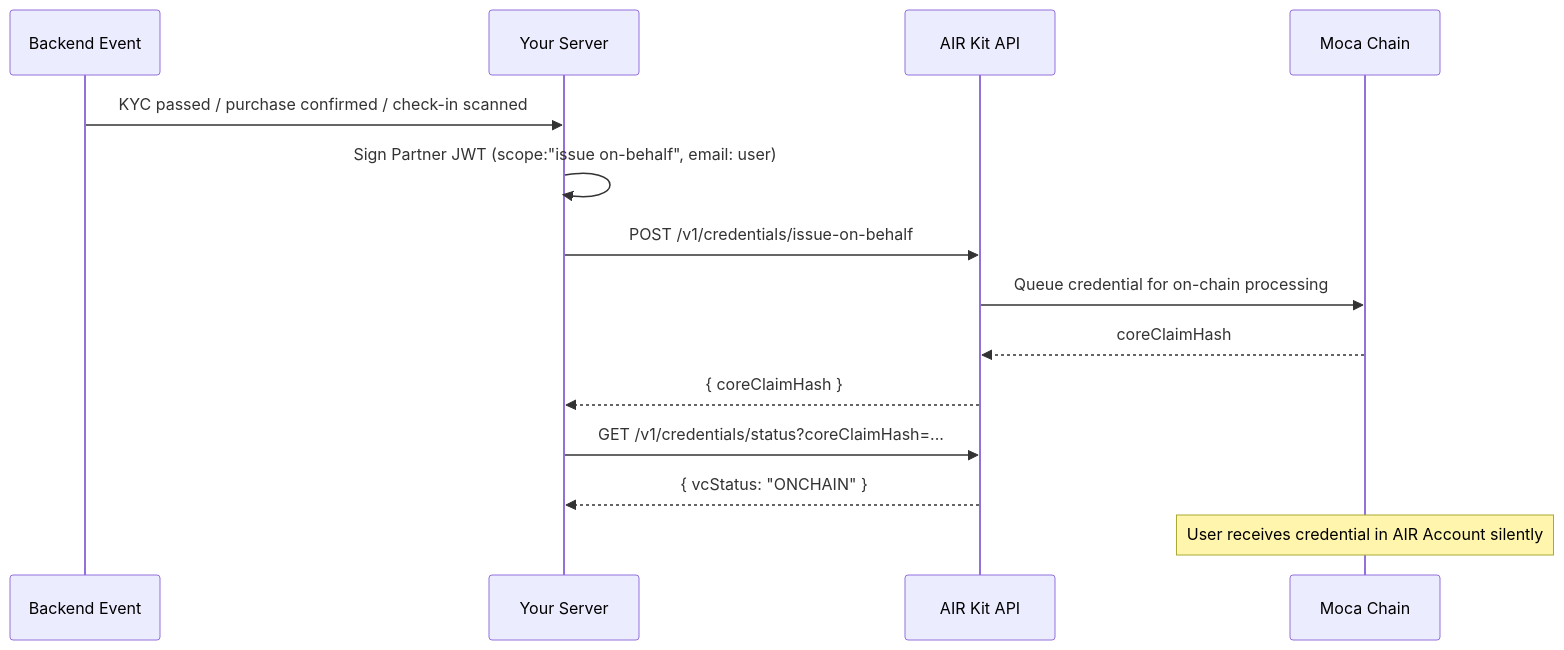
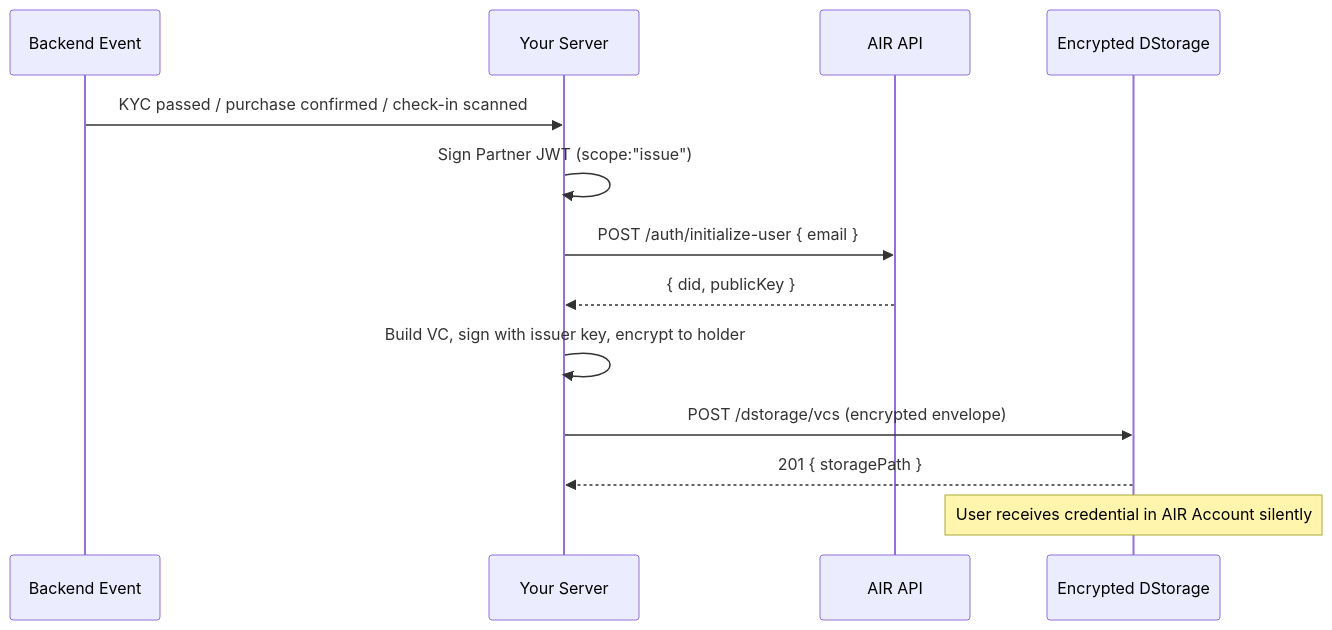
The fifth of 6 diagrams in airkit/guides/overview.mdx (MocaNetwork/docs), drawn with Mermaid before and after one commit. The commit also changed other lines of this file and 41 other files, not shown here.

First line of the commit message:
Upgrade docs for signature-based, issuer-sovereign architecture (#22)

````diff
--- a/airkit/guides/overview.mdx
+++ b/airkit/guides/overview.mdx
@@ -105,17 +105,16 @@
 ```mermaid
 sequenceDiagram
     participant Event as Backend Event
     participant Server as Your Server
-    participant API as AIR Kit API
-    participant Chain as Moca Chain
+    participant API as AIR API
+    participant DS as Encrypted DStorage
 
     Event->>Server: KYC passed / purchase confirmed / check-in scanned
-    Server->>Server: Sign Partner JWT (scope:"issue on-behalf", email: user)
-    Server->>API: POST /v1/credentials/issue-on-behalf
-    API->>Chain: Queue credential for on-chain processing
-    Chain-->>API: coreClaimHash
-    API-->>Server: { coreClaimHash }
-    Server->>API: GET /v1/credentials/status?coreClaimHash=...
-    API-->>Server: { vcStatus: "ONCHAIN" }
-    Note over Chain: User receives credential in AIR Account silently
+    Server->>Server: Sign Partner JWT (scope:"issue")
+    Server->>API: POST /auth/initialize-user { email }
+    API-->>Server: { did, publicKey }
+    Server->>Server: Build VC, sign with issuer key, encrypt to holder
+    Server->>DS: POST /dstorage/vcs (encrypted envelope)
+    DS-->>Server: 201 { storagePath }
+    Note over DS: User receives credential in AIR Account silently
 ```
````
